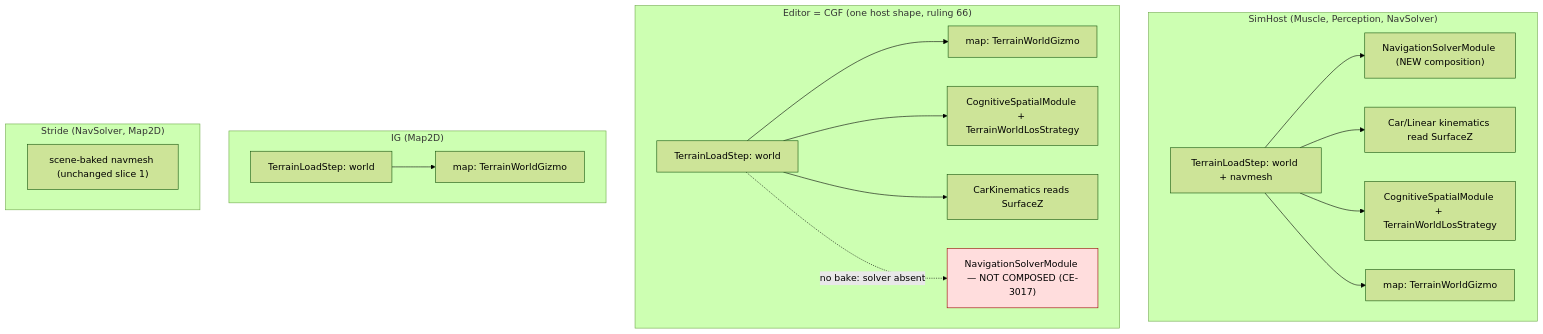
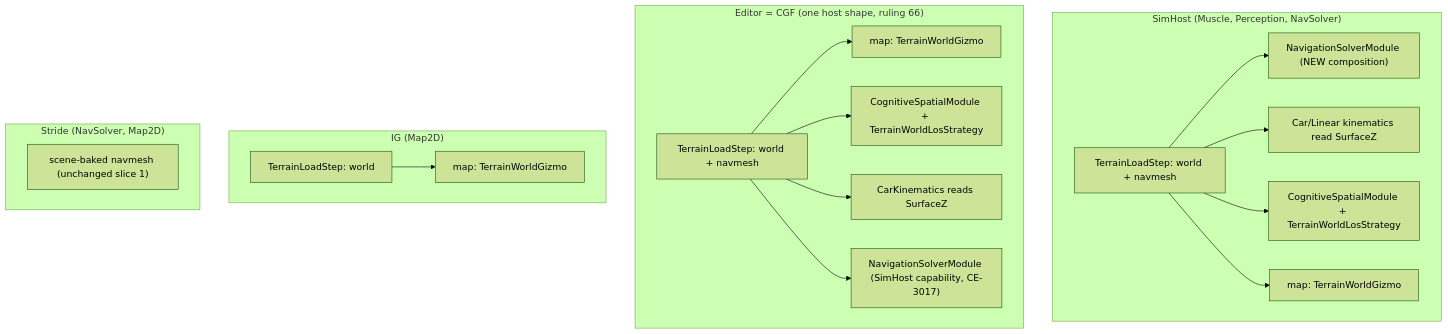
One commit to pjanec/HROT changed the fifth of 5 diagrams in docs/DESIGN_Terrain_World.md. Above: the diagram before and after it, drawn with Mermaid (forest theme). The commit also changed other lines of this file and 6 other files, not shown here.

First line of the commit message:
CE-3017: the editor (CGF solo) composes the navigation solver

````diff
--- a/docs/DESIGN_Terrain_World.md
+++ b/docs/DESIGN_Terrain_World.md
@@ -305,34 +305,33 @@
 ```mermaid
 graph TD
   subgraph SimHost["SimHost (Muscle, Perception, NavSolver)"]
     SH_L["TerrainLoadStep: world + navmesh"]
     SH_N["NavigationSolverModule (NEW composition)"]
     SH_K["Car/Linear kinematics read SurfaceZ"]
     SH_P["CognitiveSpatialModule + TerrainWorldLosStrategy"]
     SH_M["map: TerrainWorldGizmo"]
   end
   subgraph EdCgf["Editor = CGF (one host shape, ruling 66)"]
-    EC_L["TerrainLoadStep: world"]
+    EC_L["TerrainLoadStep: world + navmesh"]
     EC_M["map: TerrainWorldGizmo"]
     EC_P["CognitiveSpatialModule + TerrainWorldLosStrategy"]
     EC_K["CarKinematics reads SurfaceZ"]
-    EC_N["NavigationSolverModule — NOT COMPOSED (CE-3017)"]
+    EC_N["NavigationSolverModule (SimHost capability, CE-3017)"]
   end
   subgraph IG["IG (Map2D)"]
     IG_L["TerrainLoadStep: world"]
     IG_M["map: TerrainWorldGizmo"]
   end
   subgraph Stride["Stride (NavSolver, Map2D)"]
     ST_N["scene-baked navmesh (unchanged slice 1)"]
   end
   SH_L --> SH_N
   SH_L --> SH_K
   SH_L --> SH_P
   SH_L --> SH_M
   EC_L --> EC_M
   IG_L --> IG_M
   EC_L --> EC_P
   EC_L --> EC_K
-  EC_L -.->|no bake: solver absent| EC_N
-  style EC_N fill:#fdd,stroke:#900
+  EC_L --> EC_N
 ```
````
